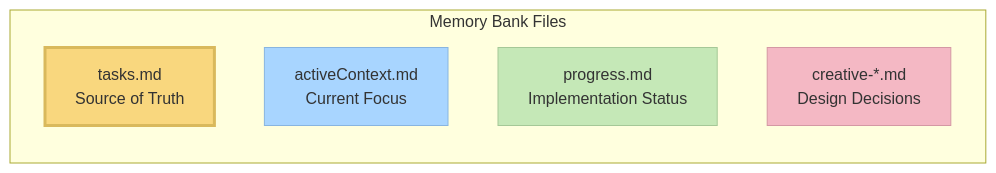
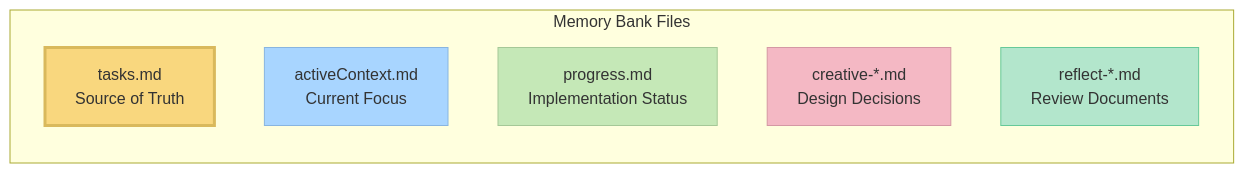
Before and after one commit to yws-coder123/trae-memory-bank: the second of 2 diagrams in README.md, drawn with Mermaid. The commit also changed other lines of this file and 30 other files, not shown here.

````diff
--- a/README.md
+++ b/README.md
@@ -216,14 +195,16 @@
 ```mermaid
 graph LR
     subgraph "Memory Bank Files"
         Tasks["tasks.md<br>Source of Truth"]
         Active["activeContext.md<br>Current Focus"]
         Progress["progress.md<br>Implementation Status"]
         Creative["creative-*.md<br>Design Decisions"]
+        Reflect["reflect-*.md<br>Review Documents"]
     end
     
     style Tasks fill:#f9d77e,stroke:#d9b95c,stroke-width:3px
     style Active fill:#a8d5ff,stroke:#88b5e0
     style Progress fill:#c5e8b7,stroke:#a5c897
     style Creative fill:#f4b8c4,stroke:#d498a4
+    style Reflect fill:#b3e6cc,stroke:#66c999
 ```
````
